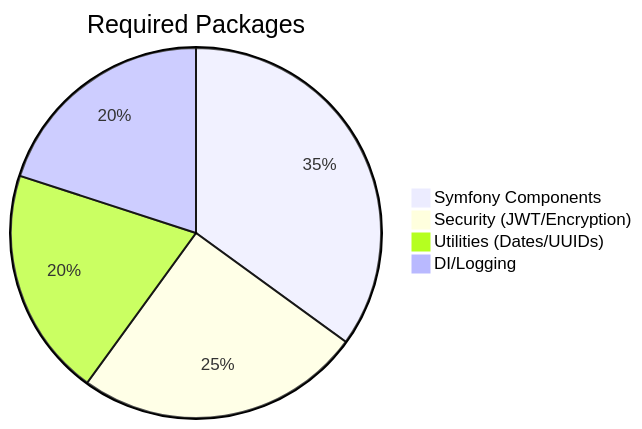
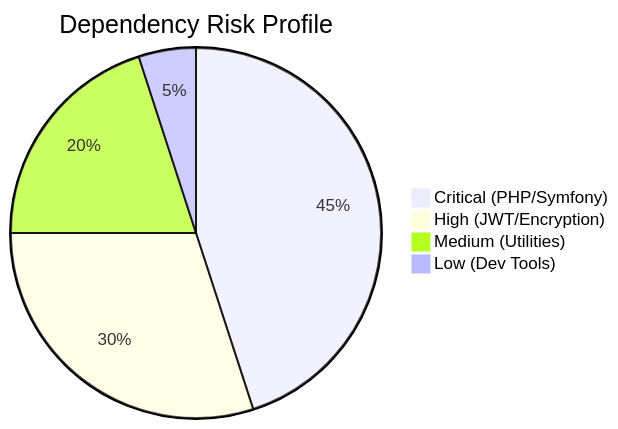
One commit to meyoramu/banana-php changed the fourth of 4 diagrams in docs/COMPOSER-REFERENCE.md. Above: the diagram before and after it, drawn with Mermaid. The commit also changed other lines of this file, not shown here.

````diff
--- a/docs/COMPOSER-REFERENCE.md
+++ b/docs/COMPOSER-REFERENCE.md
@@ -31,8 +90,8 @@
 ```mermaid
 pie
-    title Required Packages
-    "Symfony Components" : 35
-    "Security (JWT/Encryption)" : 25
-    "Utilities (Dates/UUIDs)" : 20
-    "DI/Logging" : 20
+    title Dependency Risk Profile
+    "Critical (PHP/Symfony)" : 45
+    "High (JWT/Encryption)" : 30
+    "Medium (Utilities)" : 20
+    "Low (Dev Tools)" : 5
 ```
````
